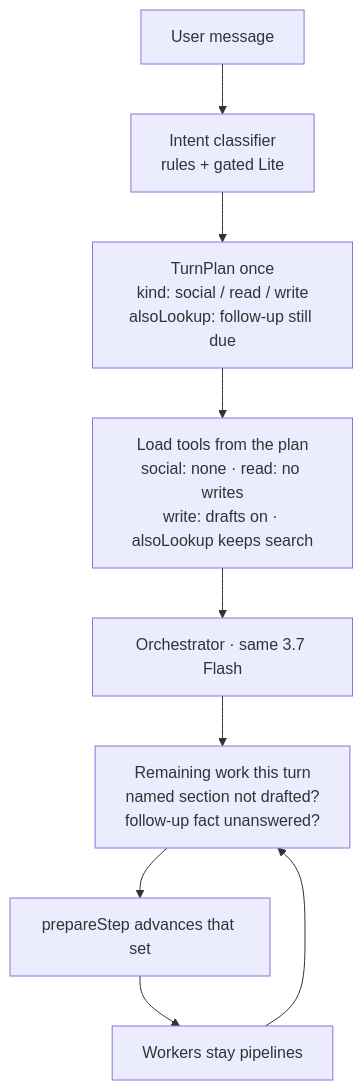
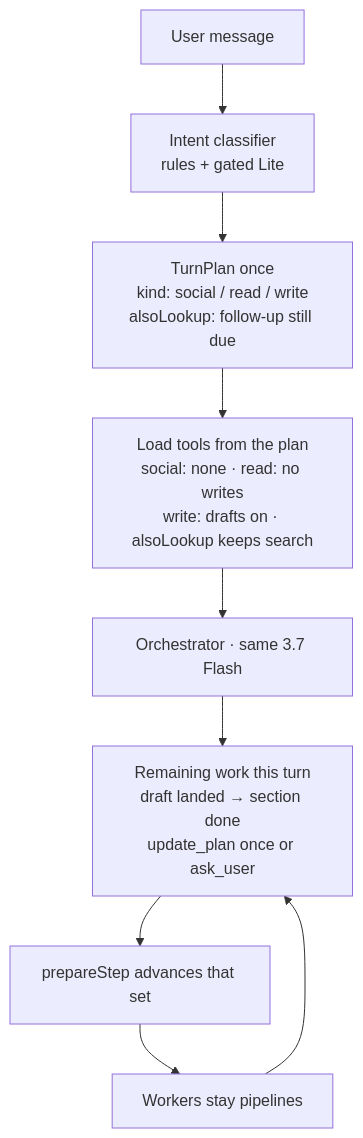
Before and after one commit to sachin-aag/andrei: the second of 2 diagrams in docs/harness-plan.md, drawn with Mermaid. The commit also changed other lines of this file and 22 other files, not shown here.

First line of the commit message:
Cap remaining-work plan updates so mixed turns cannot loop.

````diff
--- a/docs/harness-plan.md
+++ b/docs/harness-plan.md
@@ -118,11 +118,11 @@
 ```mermaid
 flowchart TD
   user["User message"] --> rules["Intent classifier<br/>rules + gated Lite"]
   rules --> plan["TurnPlan once<br/>kind: social / read / write<br/>alsoLookup: follow-up still due"]
   plan --> gate["Load tools from the plan<br/>social: none · read: no writes<br/>write: drafts on · alsoLookup keeps search"]
   gate --> orch["Orchestrator · same 3.7 Flash"]
-  orch --> remain["Remaining work this turn<br/>named section not drafted?<br/>follow-up fact unanswered?"]
+  orch --> remain["Remaining work this turn<br/>draft landed → section done<br/>update_plan once or ask_user"]
   remain --> step["prepareStep advances that set"]
   step --> workers["Workers stay pipelines"]
   workers --> remain
 ```
````
